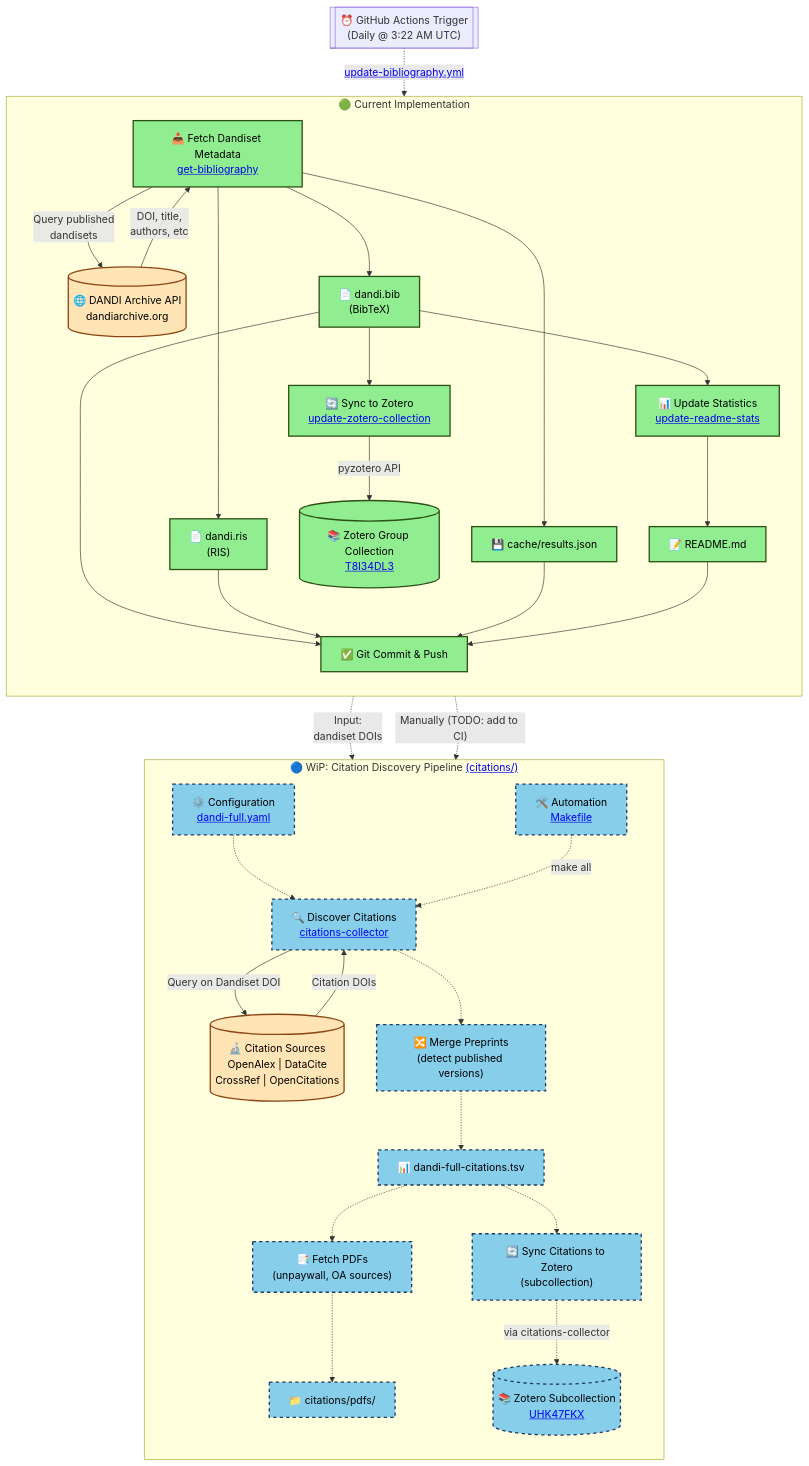
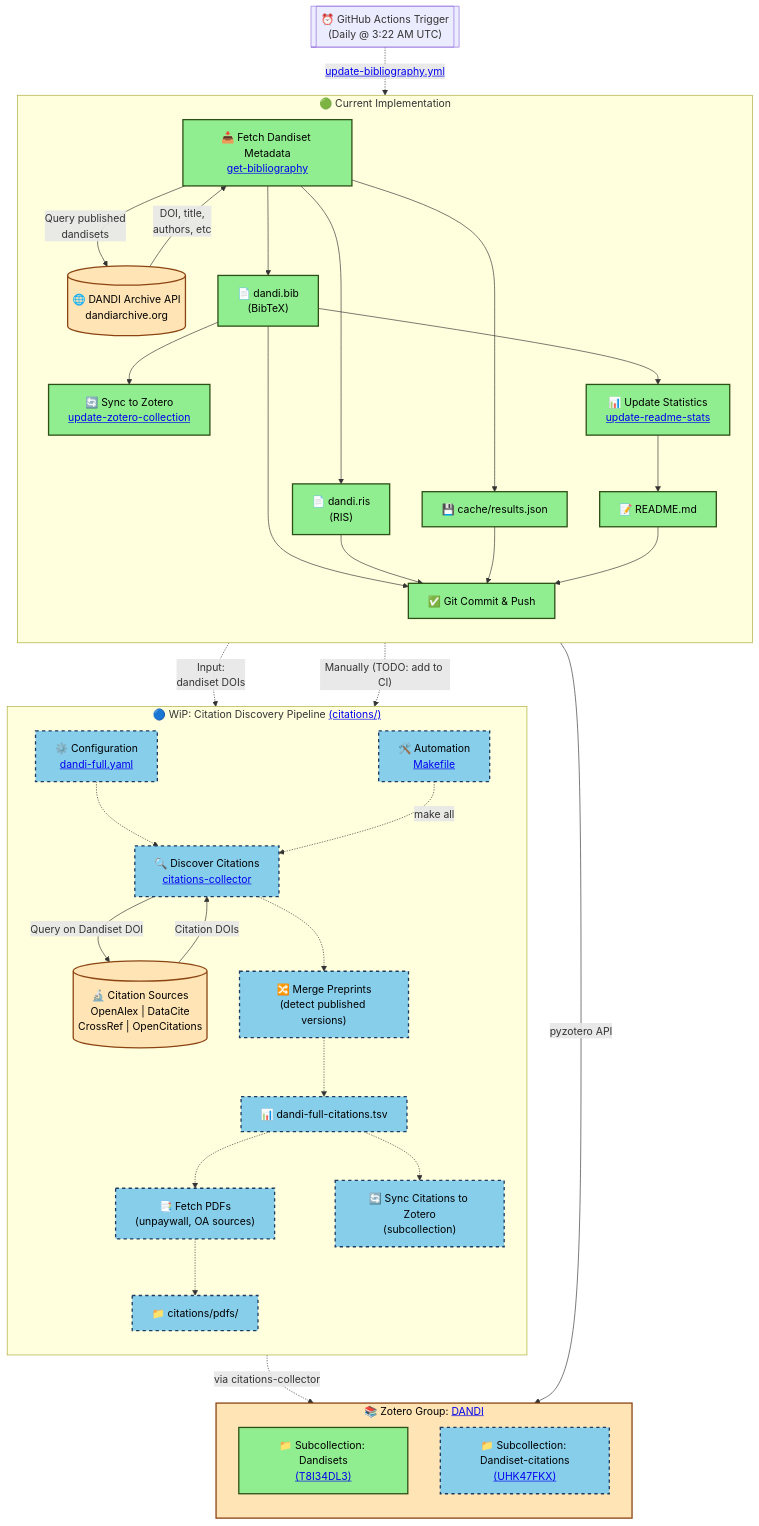
The diagram in README.md (dandi/dandi-bib), drawn with Mermaid before and after one commit. The commit also changed other lines of this file, not shown here.

First line of the commit message:
Refactor Zotero structure in workflow diagram

````diff
--- a/README.md
+++ b/README.md
@@ -70,7 +78,6 @@
 
         zotero_sync["🔄 Sync to Zotero<br/><a href='code/update-zotero-collection'>update-zotero-collection</a>"]
         bib --> zotero_sync
-        zotero_sync -->|"pyzotero API"| zotero_main[("📚 Zotero Group Collection<br/><a href='https://www.zotero.org/groups/5774211/dandi/collections/T8I34DL3'>T8I34DL3</a>")]
 
         commit["✅ Git Commit & Push"]
         bib --> commit
@@ -81,8 +88,6 @@
         stats["📊 Update Statistics<br/><a href='code/update-readme-stats'>update-readme-stats</a>"]
         bib --> stats
         stats --> readme["📝 README.md"]
-
-
     end
 
     %% Planned Future Additions (dashed lines)
@@ -111,11 +116,21 @@
 
         zotero_citations["🔄 Sync Citations to Zotero<br/>(subcollection)"]
         tsv -.-> zotero_citations
-        zotero_citations -.->|"via citations-collector"| zotero_sub[("📚 Zotero Subcollection<br/><a href='https://www.zotero.org/groups/5774211/dandi/collections/UHK47FKX'>UHK47FKX</a>")]
 
         makefile["🛠️ Automation<br/><a href='citations/Makefile'>Makefile</a>"]
         makefile -.->|"make all"| discover
     end
+
+    %% Zotero Group (external)
+    subgraph zotero_group["📚 Zotero Group: <a href='https://www.zotero.org/groups/5774211/dandi/library'>DANDI</a>"]
+        direction TB
+        zotero_dandisets["📁 Subcollection: Dandisets<br/><a href='https://www.zotero.org/groups/5774211/dandi/collections/T8I34DL3/collection'>(T8I34DL3)</a>"]
+        zotero_citations_coll["📁 Subcollection: Dandiset-citations<br/><a href='https://www.zotero.org/groups/5774211/dandi/collections/UHK47FKX/collection'>(UHK47FKX)</a>"]
+    end
+
+    %% Connections to Zotero
+    zotero_sync -->|"pyzotero API"| zotero_dandisets
+    zotero_citations -.->|"via citations-collector"| zotero_citations_coll
 
     %% Connections between workflows
     commit -.->|"Manually (TODO: add to CI)"| cc_config
@@ -125,7 +140,7 @@
     classDef planned fill:#87CEEB,stroke:#1e3a5f,stroke-width:2px,stroke-dasharray: 5 5,color:#000
     classDef external fill:#FFE4B5,stroke:#8B4513,stroke-width:2px,color:#000
 
-    class fetch,bib,ris,cache,stats,readme,zotero_sync,commit,zotero_main implemented
-    class cc_config,discover,merge,tsv,pdfs,pdf_dir,zotero_citations,zotero_sub,makefile planned
-    class api,sources external
+    class fetch,bib,ris,cache,stats,readme,zotero_sync,commit,zotero_dandisets implemented
+    class cc_config,discover,merge,tsv,pdfs,pdf_dir,zotero_citations,zotero_citations_coll,makefile planned
+    class api,sources,zotero_group external
 ```
````
